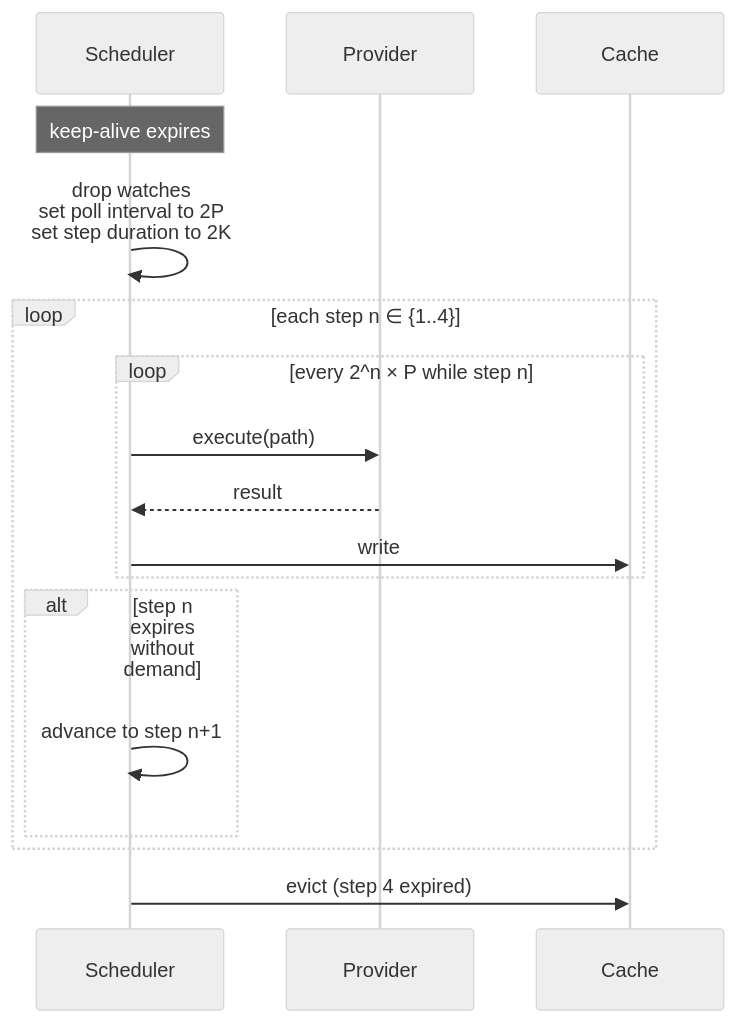
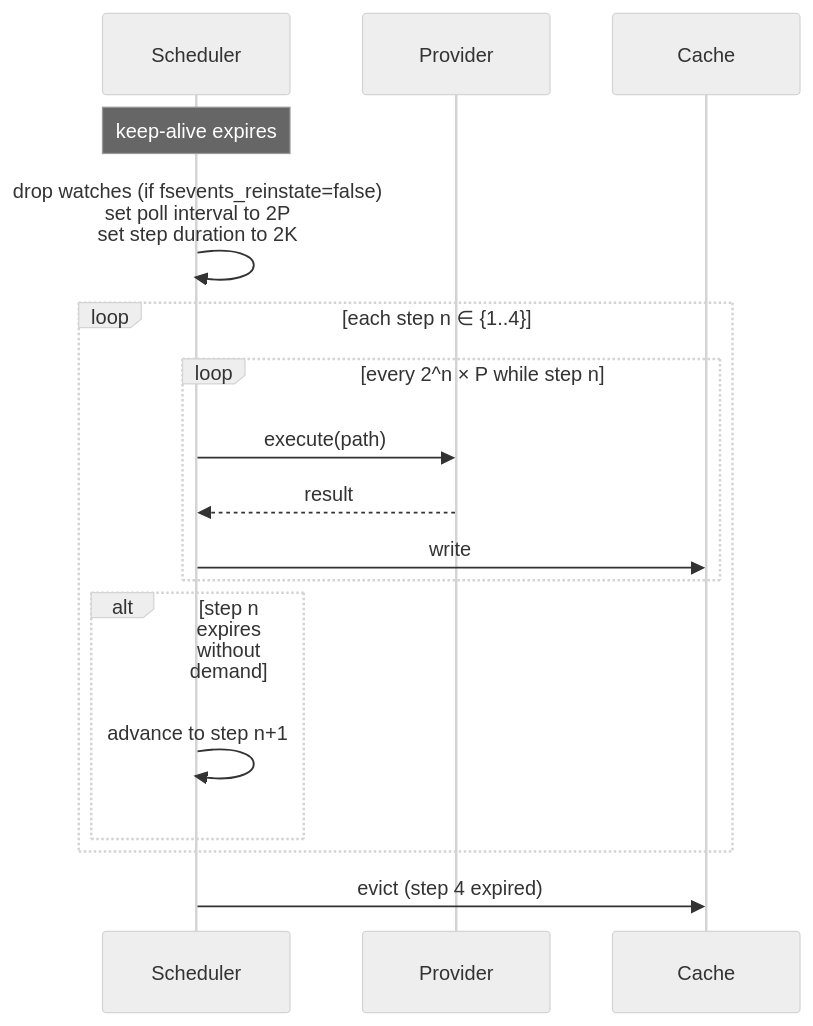
One commit to NavistAu/beachcomber changed the sixth of 8 diagrams in docs/canon/cache-lifecycle.md. Above: the diagram before and after it, drawn with Mermaid (neutral theme). The commit also changed other lines of this file and 1 other file, not shown here.

````diff
--- a/docs/canon/cache-lifecycle.md
+++ b/docs/canon/cache-lifecycle.md
@@ -151,20 +153,20 @@
 ```mermaid
 sequenceDiagram
     participant Sch as Scheduler
     participant P as Provider
     participant Ca as Cache
 
     Note over Sch: keep-alive expires
-    Sch->>Sch: drop watches<br/>set poll interval to 2P<br/>set step duration to 2K
+    Sch->>Sch: drop watches (if fsevents_reinstate=false)<br/>set poll interval to 2P<br/>set step duration to 2K
     loop each step n ∈ {1..4}
         loop every 2^n × P while step n
             Sch->>P: execute(path)
             P-->>Sch: result
             Sch->>Ca: write
         end
         alt step n expires without demand
             Sch->>Sch: advance to step n+1
         end
     end
     Sch->>Ca: evict (step 4 expired)
 ```
````
